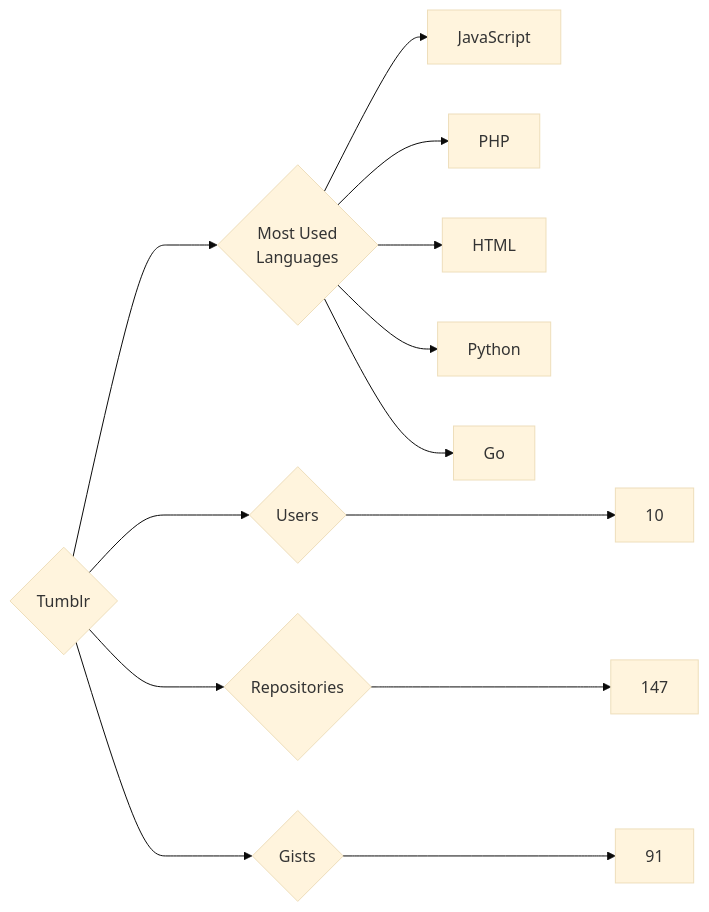
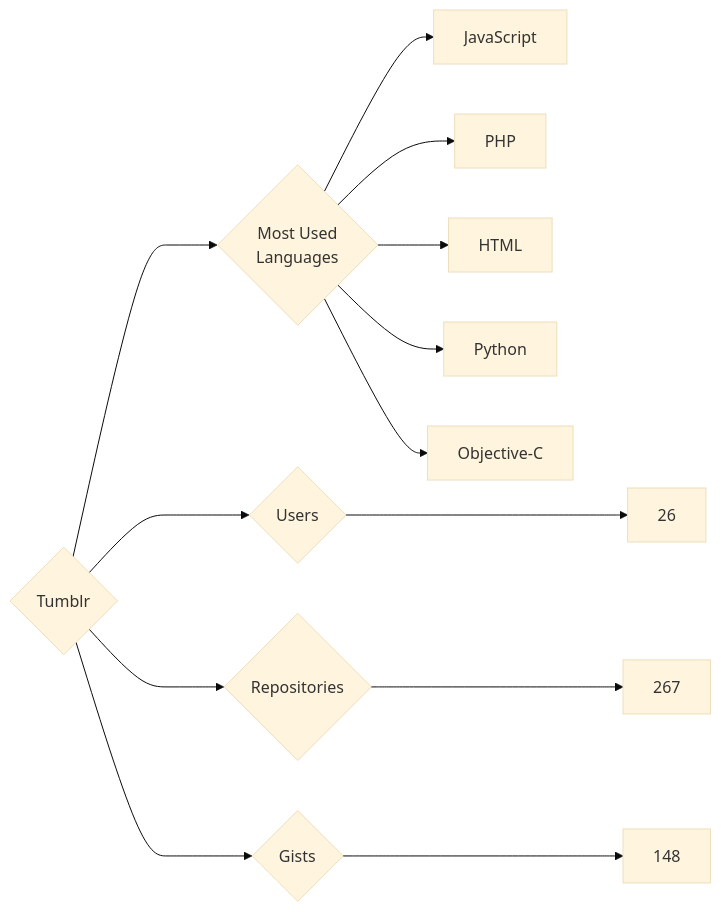
The diagram in targets/Tumblr/README.md (trickest/insiders), drawn with Mermaid (base theme) before and after one commit. The commit also changed 886 other files, not shown here.

````diff
--- a/targets/Tumblr/README.md
+++ b/targets/Tumblr/README.md
@@ -3,13 +3,13 @@
 ```mermaid
 graph LR
 COMPANY_NAME{Tumblr}
-COMPANY_NAME ---> U{Users} ---> UN[10]
-COMPANY_NAME ---> R{Repositories} ---> RN[147]
-COMPANY_NAME ---> G{Gists} ---> GN[91]
+COMPANY_NAME ---> U{Users} ---> UN[26]
+COMPANY_NAME ---> R{Repositories} ---> RN[267]
+COMPANY_NAME ---> G{Gists} ---> GN[148]
 COMPANY_NAME ---> ML{Most Used<br>Languages}
 ML --> JavaScript[JavaScript]
 ML --> PHP[PHP]
 ML --> HTML[HTML]
 ML --> Python[Python]
-ML --> Go[Go]
+ML --> Objective-C[Objective-C]
 ```
````
